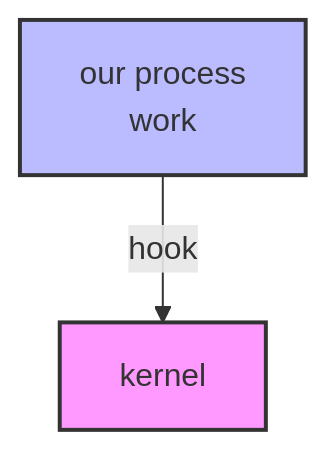
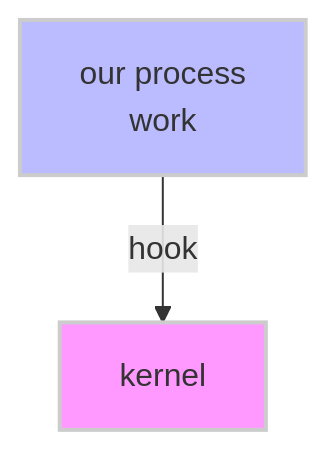
Before and after one commit to hannahkm/fosdem-2026: the first of 4 diagrams in presentation.md, drawn with Mermaid. The commit also changed other lines of this file, not shown here.

````diff
--- a/presentation.md
+++ b/presentation.md
@@ -421,10 +421,10 @@
 ```mermaid
 graph TB
     kernel[kernel]
     process[our process<br/>work]
 
     process -->|hook| kernel
 
-    style kernel fill:#f9f,stroke:#333,stroke-width:2px
-    style process fill:#bbf,stroke:#333,stroke-width:2px
+    style kernel fill:#f9f,stroke:#ccc,stroke-width:2px
+    style process fill:#bbf,stroke:#ccc,stroke-width:2px
 ```
````
